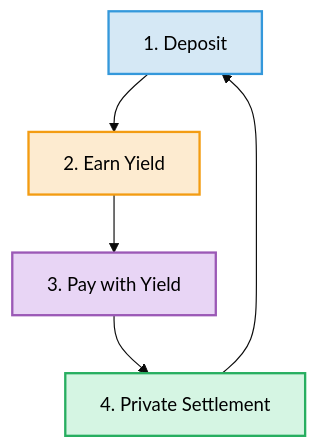
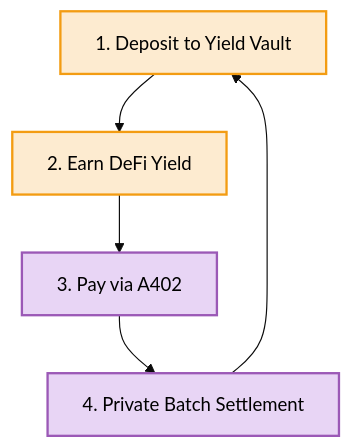
The third of 5 diagrams in docs/architecture-public.md (SublyFi/privacy-x402), drawn with Mermaid (base theme) before and after one commit. The commit also changed other lines of this file, not shown here.

First line of the commit message:
Fix public diagrams: separate Yield Vault from A402

````diff
--- a/docs/architecture-public.md
+++ b/docs/architecture-public.md
@@ -54,12 +57,12 @@
 ```mermaid
 graph TB
-    D["1. Deposit"] --> Y["2. Earn Yield"]
-    Y --> P["3. Pay with Yield"]
-    P --> S["4. Private Settlement"]
+    D["1. Deposit to Yield Vault"] --> Y["2. Earn DeFi Yield"]
+    Y --> P["3. Pay via A402"]
+    P --> S["4. Private Batch Settlement"]
     S --> D
 
-    style D fill:#d5e8f5,stroke:#3498db,stroke-width:2px,color:#000
+    style D fill:#fdebd0,stroke:#f39c12,stroke-width:2px,color:#000
     style Y fill:#fdebd0,stroke:#f39c12,stroke-width:2px,color:#000
     style P fill:#e8d5f5,stroke:#9b59b6,stroke-width:2px,color:#000
-    style S fill:#d5f5e3,stroke:#27ae60,stroke-width:2px,color:#000
+    style S fill:#e8d5f5,stroke:#9b59b6,stroke-width:2px,color:#000
 ```
````
